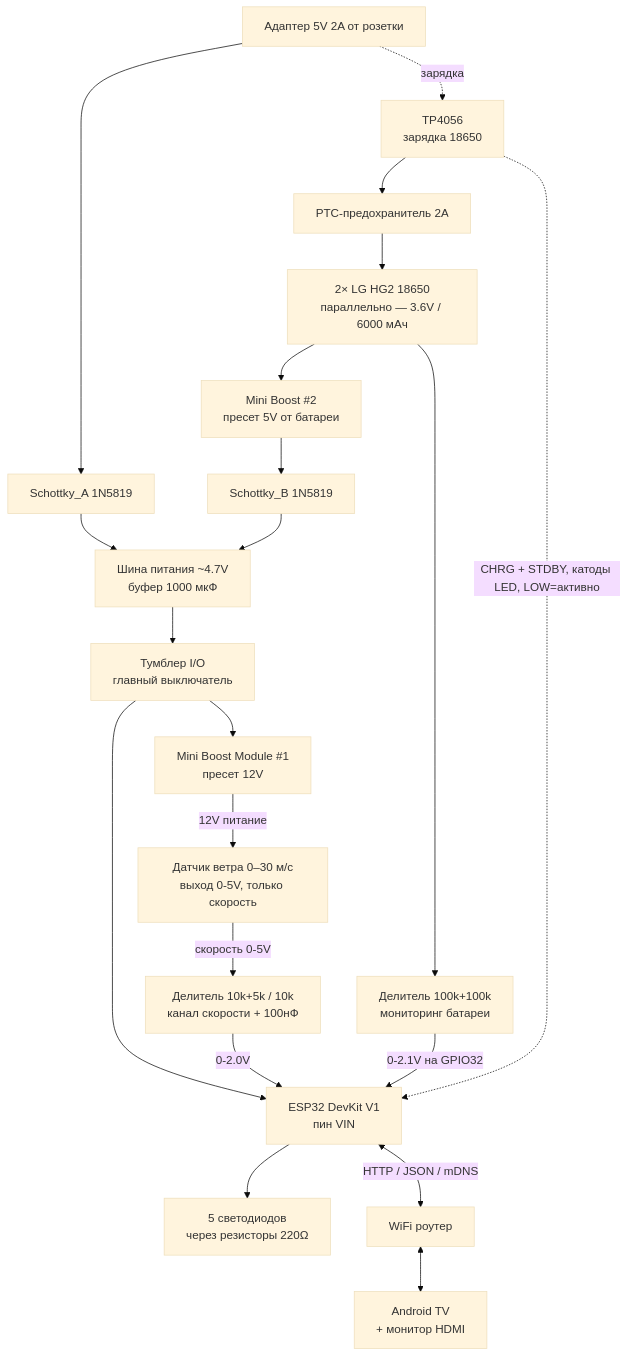
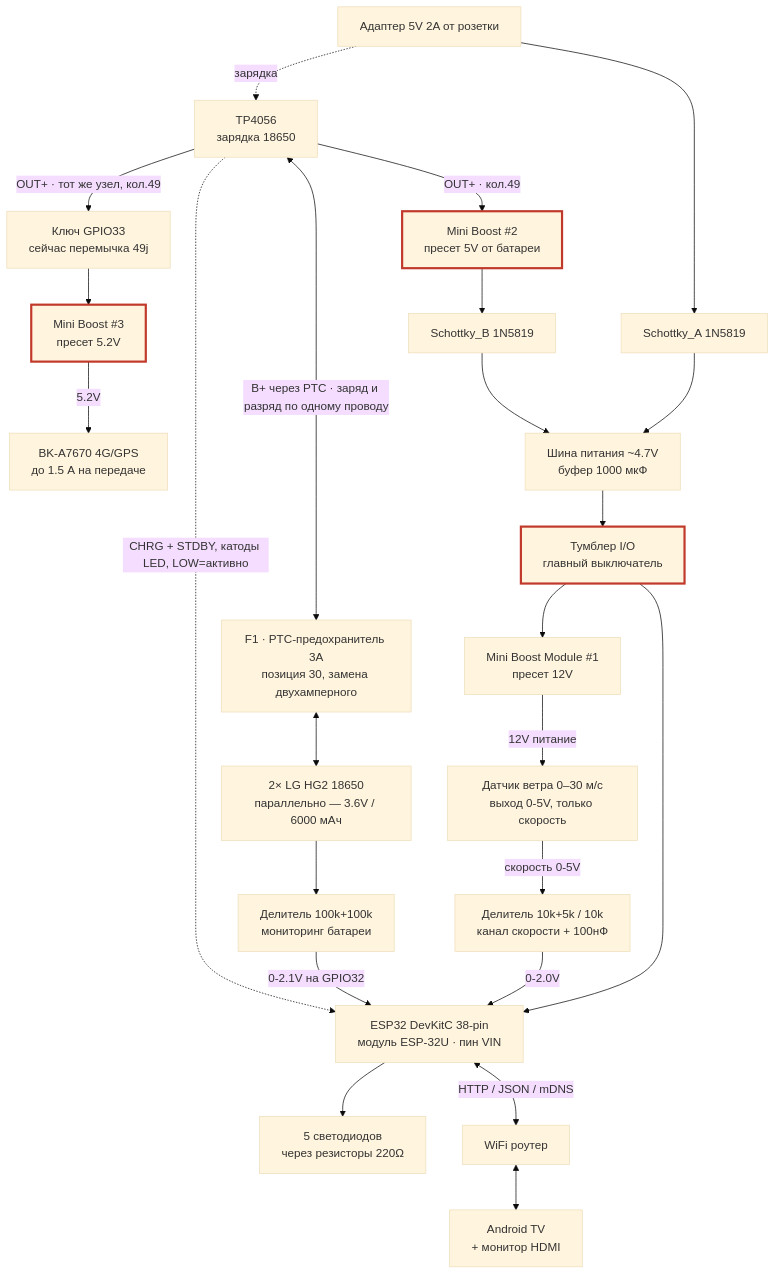
One commit to temafey/ArduinoWindStation changed the first of 2 diagrams in wind-station-assembly.md. Above: the diagram before and after it, drawn with Mermaid (base theme). The commit also changed other lines of this file and 31 other files, not shown here.

````diff
--- a/wind-station-assembly.md
+++ b/wind-station-assembly.md
@@ -104,41 +121,51 @@
 ```mermaid
 flowchart TB
     ADAPTER[Адаптер 5V 2A от розетки]
     SCHOTTKY_A[Schottky_A 1N5819]
     TP[TP4056<br/>зарядка 18650]
-    PTC[PTC-предохранитель 2A]
+    PTC[F1 · PTC-предохранитель 3A<br/>позиция 30, замена двухамперного]
     BAT[2× LG HG2 18650<br/>параллельно — 3.6V / 6000 мАч]
     BOOST2[Mini Boost #2<br/>пресет 5V от батареи]
+    KEY[Ключ GPIO33<br/>сейчас перемычка 49j]
+    BOOST3[Mini Boost #3<br/>пресет 5.2V]
+    MODEM[BK-A7670 4G/GPS<br/>до 1.5 А на передаче]
     SCHOTTKY_B[Schottky_B 1N5819]
     RAIL[Шина питания ~4.7V<br/>буфер 1000 мкФ]
     SW[Тумблер I/O<br/>главный выключатель]
     MT[Mini Boost Module #1<br/>пресет 12V]
-    ESP[ESP32 DevKit V1<br/>пин VIN]
+    ESP[ESP32 DevKitC 38-pin<br/>модуль ESP-32U · пин VIN]
     SENSOR[Датчик ветра 0–30 м/с<br/>выход 0-5V, только скорость]
     DIV1[Делитель 10k+5k / 10k<br/>канал скорости + 100нФ]
     BATDIV[Делитель 100k+100k<br/>мониторинг батареи]
     LEDS[5 светодиодов<br/>через резисторы 220Ω]
     WIFI[WiFi роутер]
     TV[Android TV<br/>+ монитор HDMI]
 
     ADAPTER --> SCHOTTKY_A
     SCHOTTKY_A --> RAIL
     ADAPTER -.зарядка.-> TP
-    TP --> PTC
-    PTC --> BAT
-    BAT --> BOOST2
+    TP <-->|B+ через PTC · заряд и разряд по одному проводу| PTC
+    PTC <--> BAT
+    TP -->|OUT+ · кол.49| BOOST2
+    TP -->|OUT+ · тот же узел, кол.49| KEY
+    KEY --> BOOST3
+    BOOST3 -->|5.2V| MODEM
     BOOST2 --> SCHOTTKY_B
     SCHOTTKY_B --> RAIL
     RAIL --> SW
     SW --> ESP
     SW --> MT
     MT -->|12V питание| SENSOR
     SENSOR -->|скорость 0-5V| DIV1
     DIV1 -->|0-2.0V| ESP
     BAT --> BATDIV
     BATDIV -->|0-2.1V на GPIO32| ESP
     TP -.CHRG + STDBY, катоды LED, LOW=активно.-> ESP
     ESP --> LEDS
     ESP <-->|HTTP / JSON / mDNS| WIFI
     WIFI <--> TV
+
+    style SW stroke:#c0392b,stroke-width:3px
+    style BOOST2 stroke:#c0392b,stroke-width:3px
+    style BOOST3 stroke:#c0392b,stroke-width:3px
 ```
````
